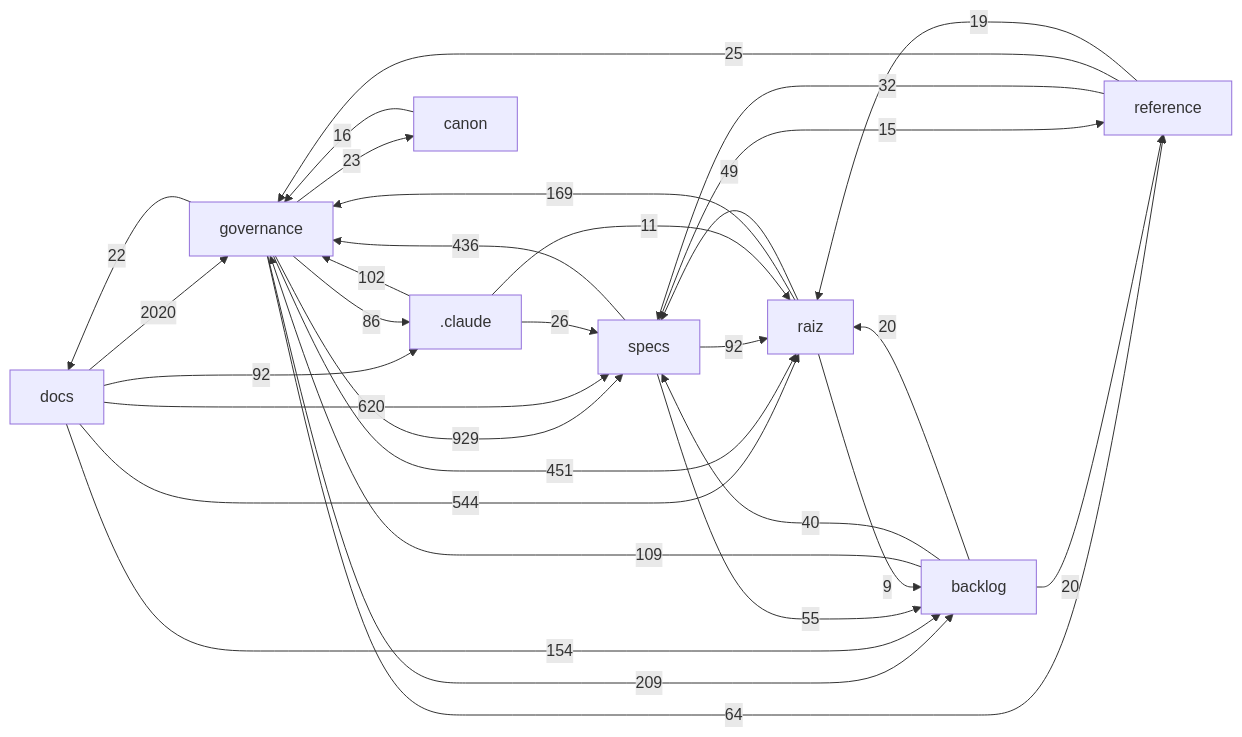
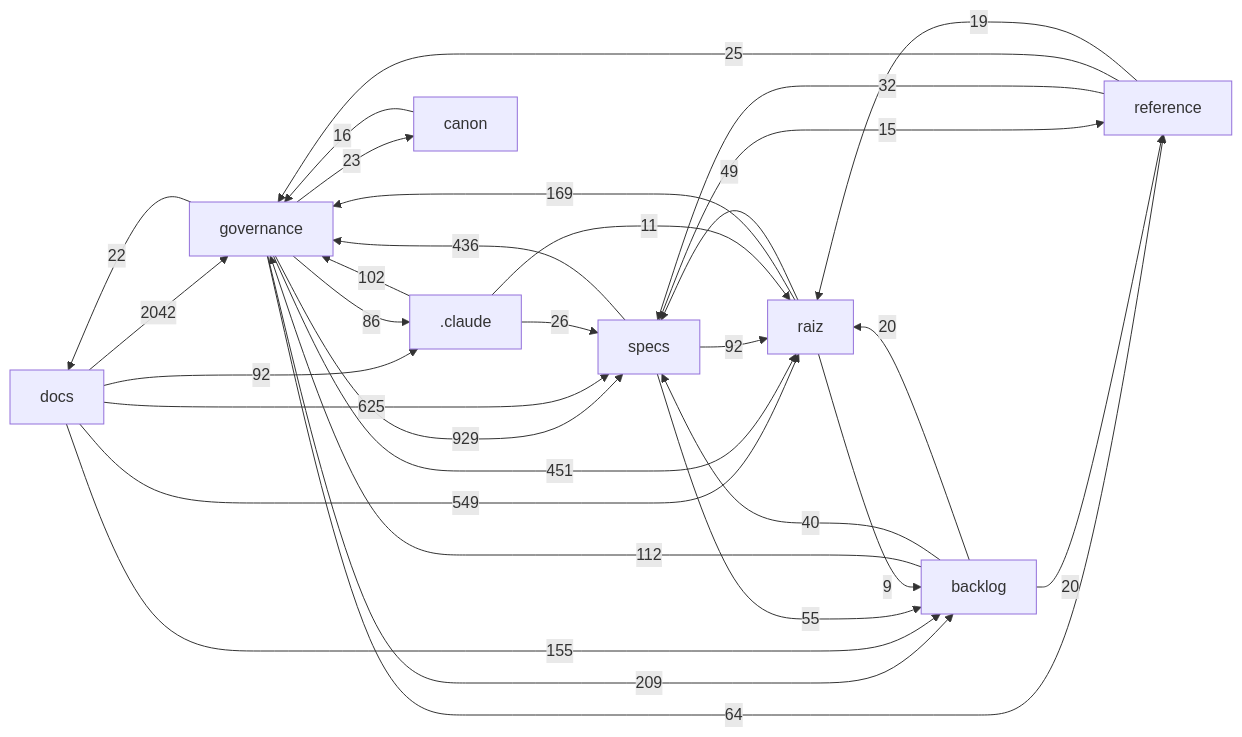
Before and after one commit to Andraus35/Sistema-Operacional-de-Trading--SOT: the diagram in docs/mapa/MAPA-PROJETO.md, drawn with Mermaid. The commit also changed other lines of this file and 4 other files, not shown here.

````diff
--- a/docs/mapa/MAPA-PROJETO.md
+++ b/docs/mapa/MAPA-PROJETO.md
@@ -29,33 +29,33 @@
 ```mermaid
 flowchart LR
-  docs["docs"] -->|2020| governance["governance"]
+  docs["docs"] -->|2042| governance["governance"]
   governance["governance"] -->|929| specs["specs"]
-  docs["docs"] -->|620| specs["specs"]
-  docs["docs"] -->|544| raiz["raiz"]
+  docs["docs"] -->|625| specs["specs"]
+  docs["docs"] -->|549| raiz["raiz"]
   governance["governance"] -->|451| raiz["raiz"]
   specs["specs"] -->|436| governance["governance"]
   governance["governance"] -->|209| backlog["backlog"]
   raiz["raiz"] -->|169| governance["governance"]
-  docs["docs"] -->|154| backlog["backlog"]
-  backlog["backlog"] -->|109| governance["governance"]
+  docs["docs"] -->|155| backlog["backlog"]
+  backlog["backlog"] -->|112| governance["governance"]
   _claude[".claude"] -->|102| governance["governance"]
   docs["docs"] -->|92| _claude[".claude"]
   specs["specs"] -->|92| raiz["raiz"]
   governance["governance"] -->|86| _claude[".claude"]
   governance["governance"] -->|64| reference["reference"]
   specs["specs"] -->|55| backlog["backlog"]
   raiz["raiz"] -->|49| specs["specs"]
   backlog["backlog"] -->|40| specs["specs"]
   reference["reference"] -->|32| specs["specs"]
   _claude[".claude"] -->|26| specs["specs"]
   reference["reference"] -->|25| governance["governance"]
   governance["governance"] -->|23| canon["canon"]
   governance["governance"] -->|22| docs["docs"]
   backlog["backlog"] -->|20| raiz["raiz"]
   backlog["backlog"] -->|20| reference["reference"]
   reference["reference"] -->|19| raiz["raiz"]
   canon["canon"] -->|16| governance["governance"]
   specs["specs"] -->|15| reference["reference"]
   _claude[".claude"] -->|11| raiz["raiz"]
   raiz["raiz"] -->|9| backlog["backlog"]
 ```
````
